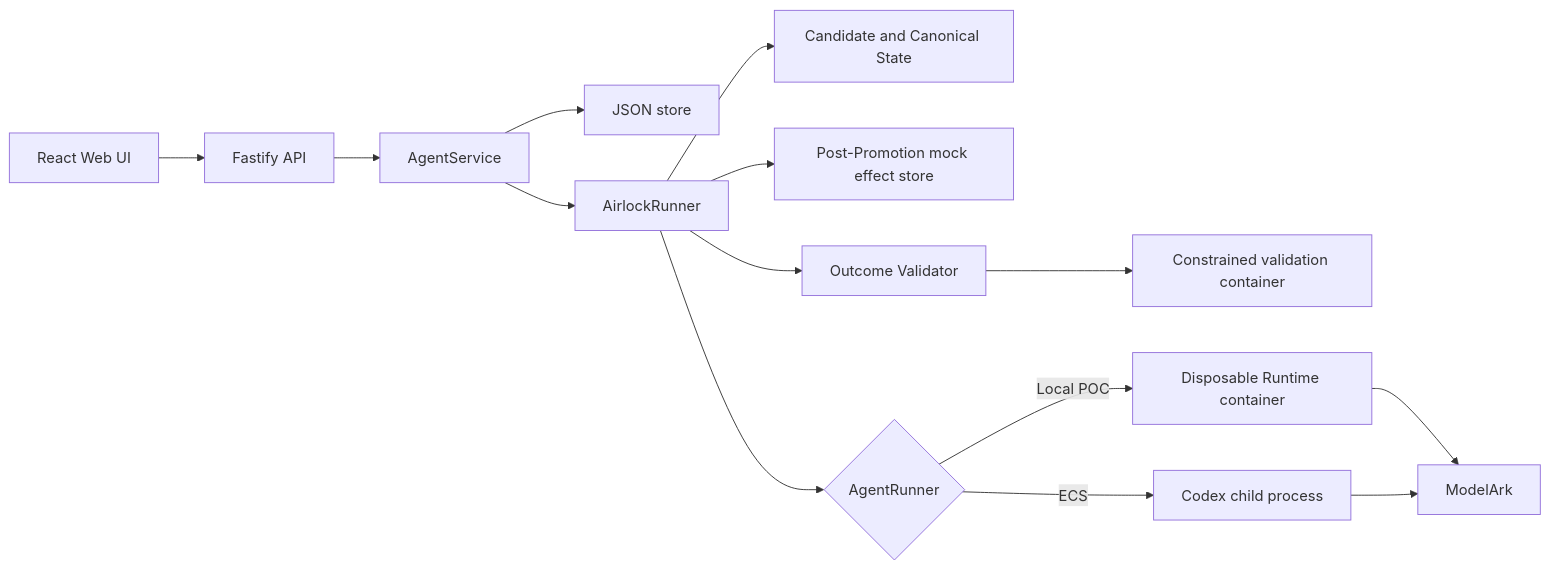
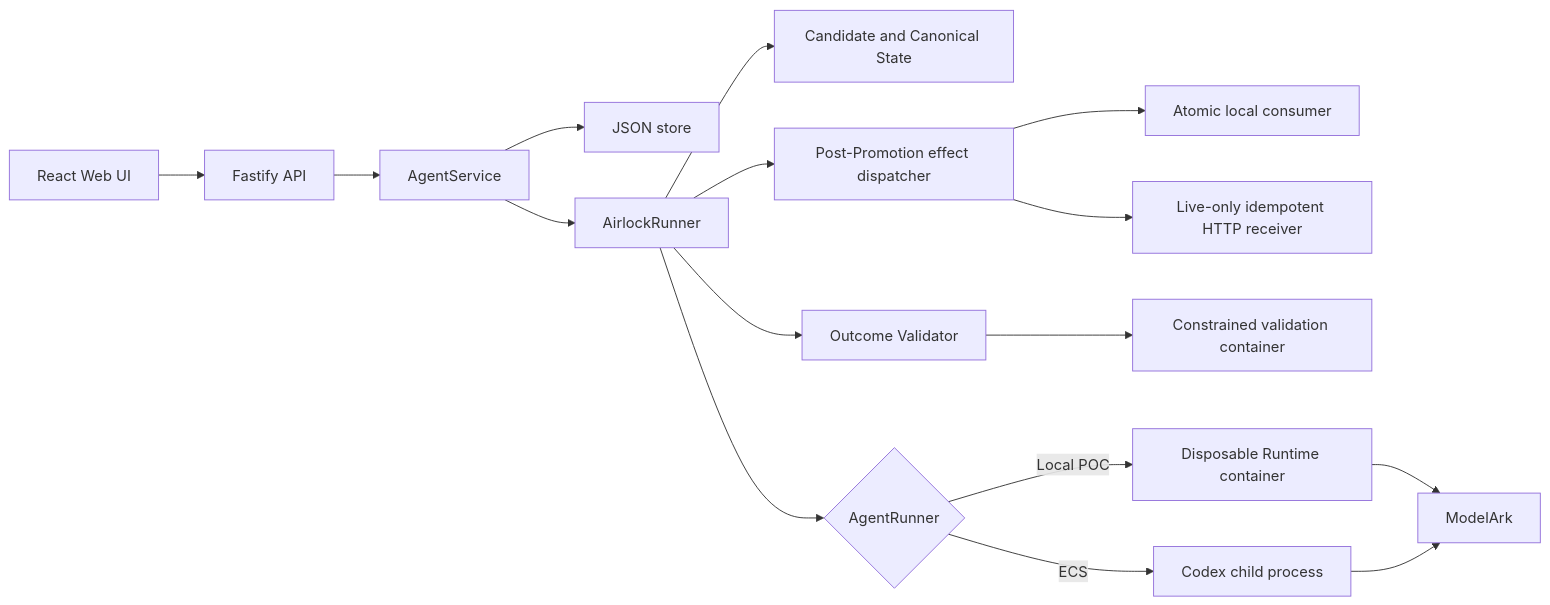
One commit to Kk120306/agent-airlock changed the diagram in docs/ARCHITECTURE.md. Above: the diagram before and after it, drawn with Mermaid. The commit also changed other lines of this file and 37 other files, not shown here.

Commit message:
feat: prove live ModelArk HTTP effects

````diff
--- a/docs/ARCHITECTURE.md
+++ b/docs/ARCHITECTURE.md
@@ -5,16 +5,18 @@
 ```mermaid
 flowchart LR
     UI["React Web UI"] --> API["Fastify API"]
     API --> Service["AgentService"]
     Service --> Store["JSON store"]
     Service --> Airlock["AirlockRunner"]
     Airlock --> Workspace["Candidate and Canonical State"]
-    Airlock --> Effects["Post-Promotion mock effect store"]
+    Airlock --> Effects["Post-Promotion effect dispatcher"]
+    Effects --> Mock["Atomic local consumer"]
+    Effects --> HTTP["Live-only idempotent HTTP receiver"]
     Airlock --> Runner{"AgentRunner"}
     Airlock --> Validate["Outcome Validator"]
     Validate --> ValidationContainer["Constrained validation container"]
     Runner -->|Local POC| Container["Disposable Runtime container"]
     Runner -->|ECS| Process["Codex child process"]
     Container --> Ark["ModelArk"]
     Process --> Ark
 ```
````
